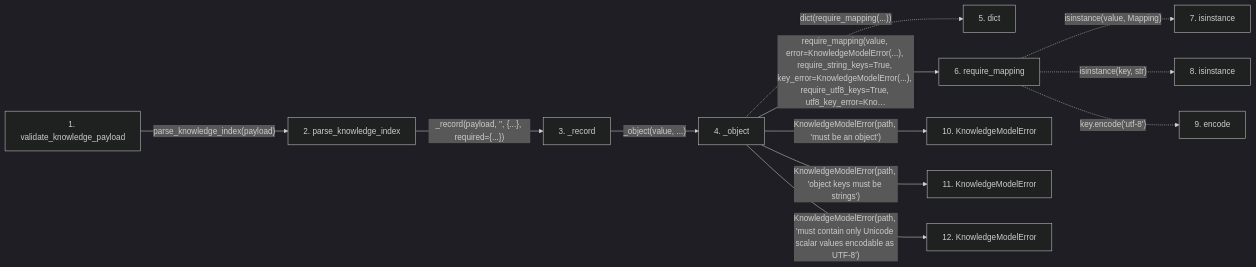
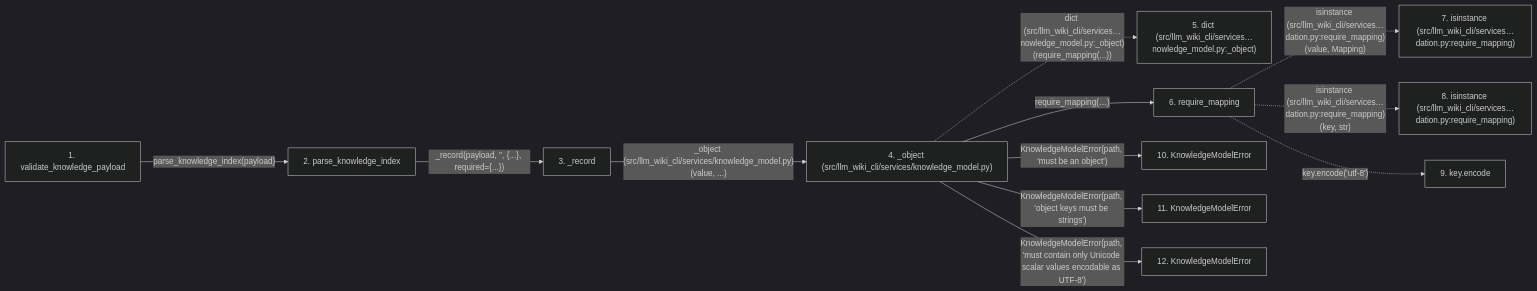
One commit to Denissvgn/python-wiki-llm changed the second of 2 diagrams in docs/llm_wiki/flows/api-validate_knowledge_payload.md. Above: the diagram before and after it, drawn with Mermaid (dark theme). The commit also changed other lines of this file and 719 other files, not shown here.

````diff
--- a/docs/llm_wiki/flows/api-validate_knowledge_payload.md
+++ b/docs/llm_wiki/flows/api-validate_knowledge_payload.md
@@ -82,34 +84,34 @@
 ```mermaid
 flowchart LR
     s1["1. validate_knowledge_payload"]
     s2["2. parse_knowledge_index"]
     s3["3. _record"]
-    s4["4. _object"]
-    s5["5. dict"]
+    s4["4. _object (src/llm_wiki_cli/services/knowledge_model.py)"]
+    s5["5. dict (src/llm_wiki_cli/services…nowledge_model.py:_object)"]
     s6["6. require_mapping"]
-    s7["7. isinstance"]
-    s8["8. isinstance"]
-    s9["9. encode"]
+    s7["7. isinstance (src/llm_wiki_cli/services…dation.py:require_mapping)"]
+    s8["8. isinstance (src/llm_wiki_cli/services…dation.py:require_mapping)"]
+    s9["9. key.encode"]
     s10["10. KnowledgeModelError"]
     s11["11. KnowledgeModelError"]
     s12["12. KnowledgeModelError"]
     s1 -->|"parse_knowledge_index(payload)"| s2
     s2 -->|"_record(payload, '', {...}, required={...})"| s3
-    s3 -->|"_object(value, ...)"| s4
-    s4 -. "dict(require_mapping(...))" .-> s5
-    s4 -->|"require_mapping(value, error=KnowledgeModelError(...), require_string_keys=True, key_error=KnowledgeModelError(...), require_utf8_keys=True, utf8_key_error=Kno…"| s6
-    s6 -. "isinstance(value, Mapping)" .-> s7
-    s6 -. "isinstance(key, str)" .-> s8
+    s3 -->|"_object (src/llm_wiki_cli/services/knowledge_model.py)(value, ...)"| s4
+    s4 -. "dict (src/llm_wiki_cli/services…nowledge_model.py:_object)(require_mapping(...))" .-> s5
+    s4 -->|"require_mapping(…)"| s6
+    s6 -. "isinstance (src/llm_wiki_cli/services…dation.py:require_mapping)(value, Mapping)" .-> s7
+    s6 -. "isinstance (src/llm_wiki_cli/services…dation.py:require_mapping)(key, str)" .-> s8
     s6 -. "key.encode('utf-8')" .-> s9
     s4 -->|"KnowledgeModelError(path, 'must be an object')"| s10
     s4 -->|"KnowledgeModelError(path, 'object keys must be strings')"| s11
     s4 -->|"KnowledgeModelError(path, 'must contain only Unicode scalar values encodable as UTF-8')"| s12
     click s1 "../modules/knowledge_model.md"
     click s2 "../modules/knowledge_model.md"
     click s3 "../modules/knowledge_model.md"
     click s4 "../modules/knowledge_model.md"
     click s6 "../modules/validation.md"
     click s10 "../modules/knowledge_model.md"
     click s11 "../modules/knowledge_model.md"
     click s12 "../modules/knowledge_model.md"
 ```
````
